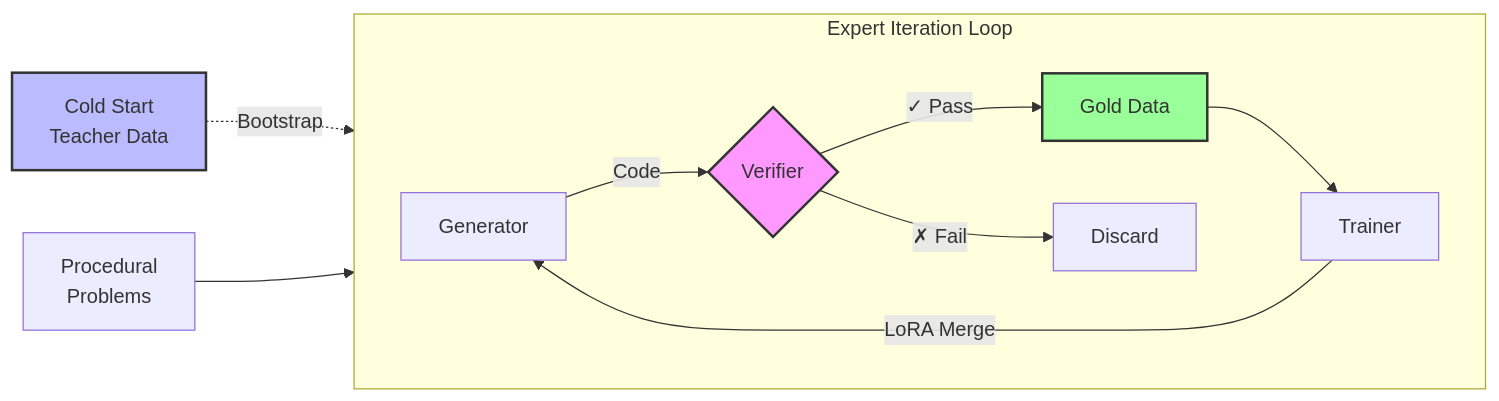
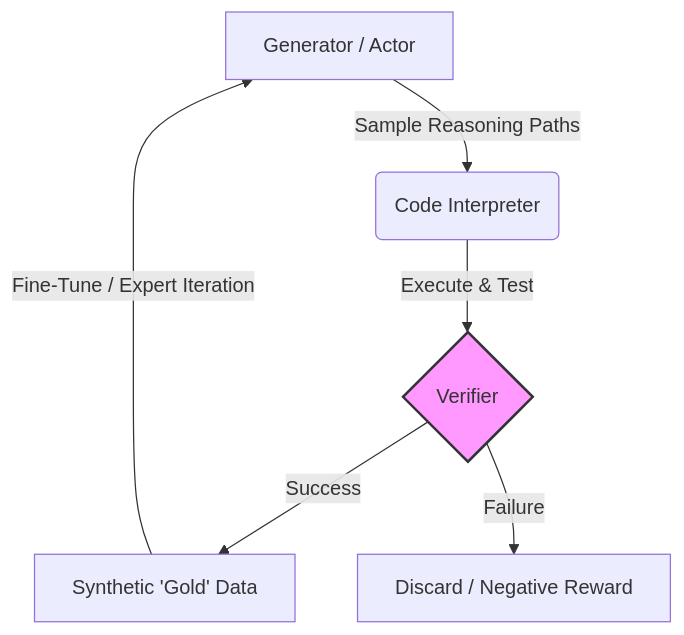
Before and after one commit to canivel/axiom-rl: the diagram in README.md, drawn with Mermaid. The commit also changed other lines of this file and 11 other files, not shown here.

````diff
--- a/README.md
+++ b/README.md
@@ -23,18 +23,9 @@
 ```mermaid
-graph LR
-    C[Cold Start<br/>Teacher Data] -.->|Bootstrap| G
-    P[Procedural<br/>Problems] --> G
-
-    subgraph Loop["Expert Iteration Loop"]
-        direction LR
-        G[Generator] -->|Code| V{Verifier}
-        V -->|✓ Pass| D[Gold Data]
-        V -->|✗ Fail| X[Discard]
-        D --> T[Trainer]
-        T -->|LoRA Merge| G
-    end
-
-    style V fill:#f9f,stroke:#333,stroke-width:2px
-    style D fill:#9f9,stroke:#333,stroke-width:2px
-    style C fill:#bbf,stroke:#333,stroke-width:2px
+graph TD
+    A[Generator / Actor] -->|Sample Reasoning Paths| B(Code Interpreter)
+    B -->|Execute & Test| C{Verifier}
+    C -->|Success| D[Synthetic 'Gold' Data]
+    C -->|Failure| E[Discard / Negative Reward]
+    D -->|Fine-Tune / Expert Iteration| A
+    style C fill:#f9f,stroke:#333,stroke-width:2px
 ```
````
